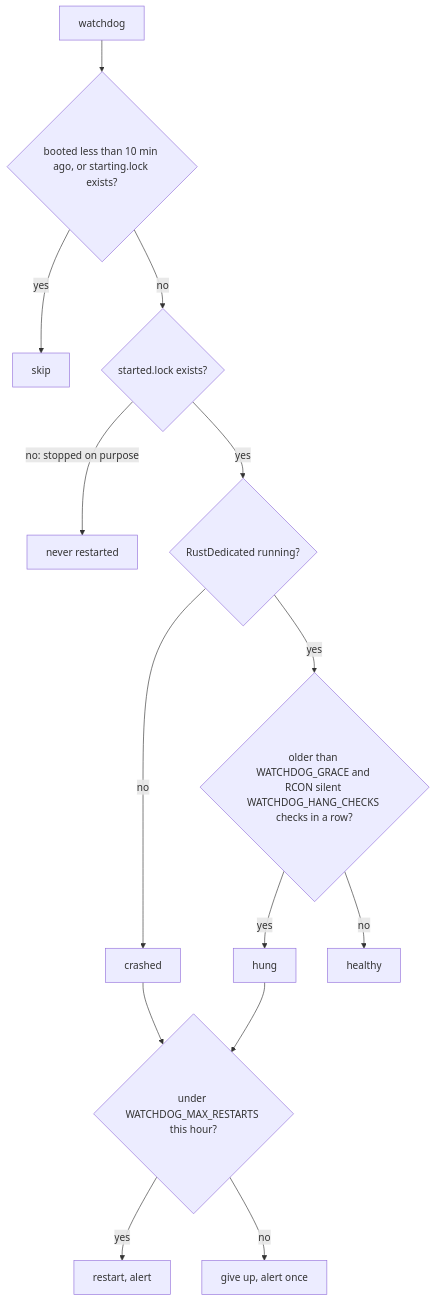
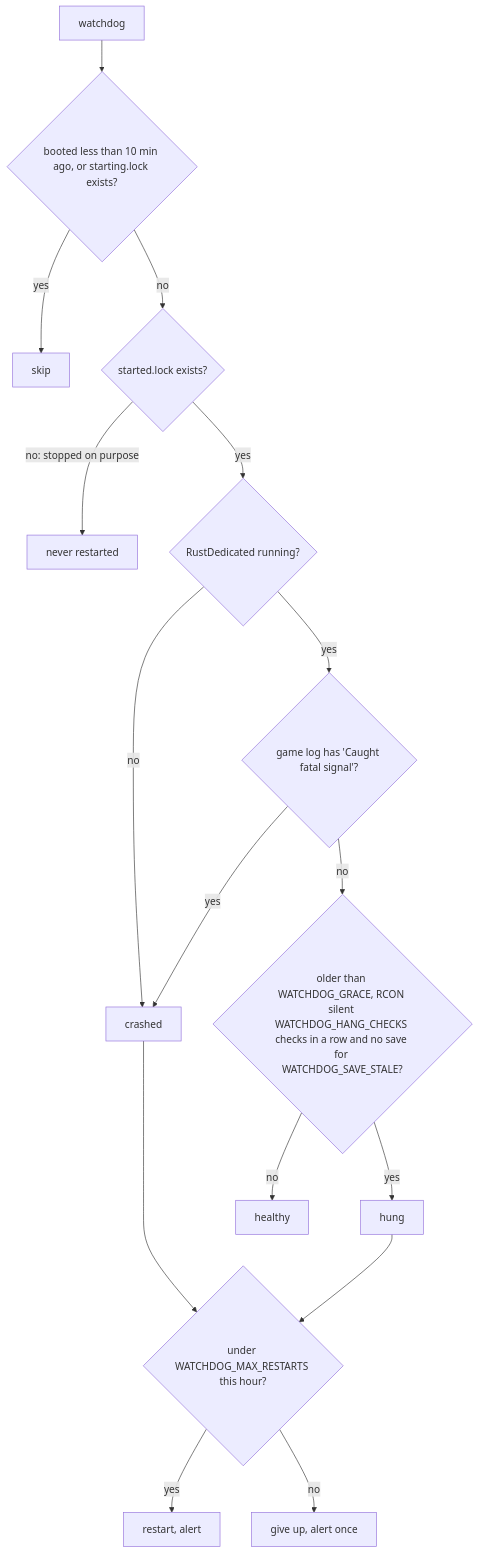
One commit to wobujidao/rust-wipe-manager changed the fifth of 5 diagrams in README.md. Above: the diagram before and after it, drawn with Mermaid. The commit also changed other lines of this file and 4 other files, not shown here.

First line of the commit message:
Watchdog: restart on a logged native crash at once; RCON silence alone is not a hang

````diff
--- a/README.md
+++ b/README.md
@@ -453,16 +454,18 @@
 ```mermaid
 flowchart TD
     W["watchdog"] --> B{"booted less than 10 min ago, or starting.lock exists?"}
     B -->|"yes"| SK["skip"]
     B -->|"no"| L{"started.lock exists?"}
     L -->|"no: stopped on purpose"| NV["never restarted"]
     L -->|"yes"| P{"RustDedicated running?"}
     P -->|"no"| CR["crashed"]
-    P -->|"yes"| H{"older than WATCHDOG_GRACE and RCON silent WATCHDOG_HANG_CHECKS checks in a row?"}
+    P -->|"yes"| F{"game log has 'Caught fatal signal'?"}
+    F -->|"yes"| CR
+    F -->|"no"| H{"older than WATCHDOG_GRACE, RCON silent WATCHDOG_HANG_CHECKS checks in a row and no save for WATCHDOG_SAVE_STALE?"}
     H -->|"yes"| HU["hung"]
     H -->|"no"| OK["healthy"]
     CR --> LIM{"under WATCHDOG_MAX_RESTARTS this hour?"}
     HU --> LIM
     LIM -->|"yes"| RS["restart, alert"]
     LIM -->|"no"| GU["give up, alert once"]
 ```
````
